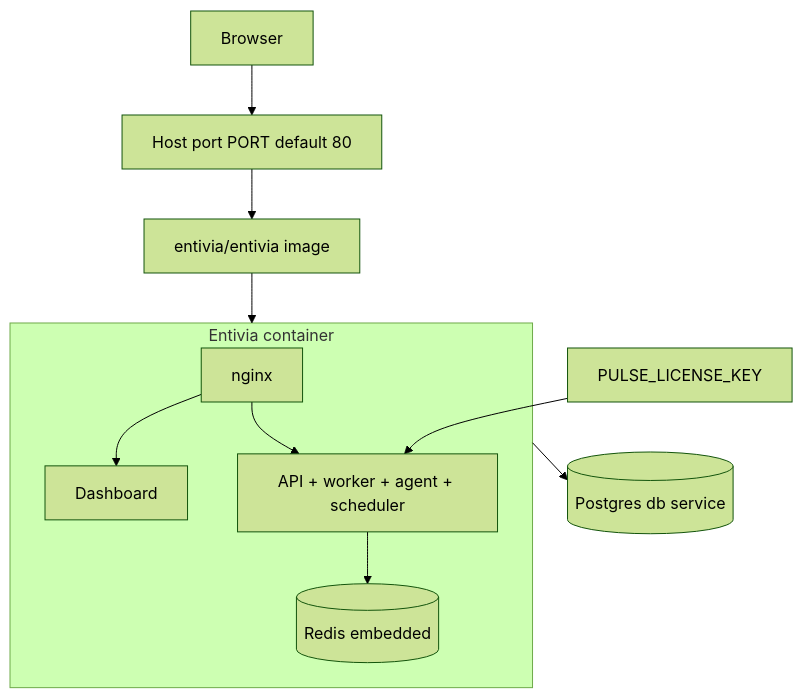
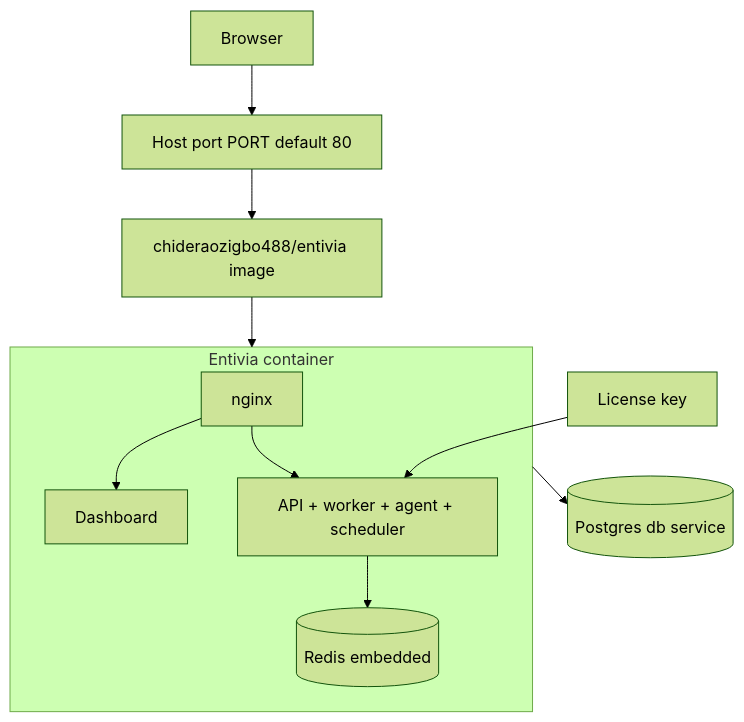
Before and after one commit to PulseAgentZero/dashboard: the diagram in content/docs/hosting-self-hosted.md, drawn with Mermaid (forest theme). The commit also changed other lines of this file and 24 other files, not shown here.

Commit message:
feat: update references from Pulse to Entivia and adjust Docker image names

````diff
--- a/content/docs/hosting-self-hosted.md
+++ b/content/docs/hosting-self-hosted.md
@@ -169,17 +169,17 @@
 ```mermaid
 flowchart TB
   User[Browser] --> Port["Host port PORT default 80"]
-  Port --> Image["entivia/entivia image"]
+  Port --> Image["chideraozigbo488/entivia image"]
   subgraph stack [Entivia container]
     Nginx[nginx]
     UI[Dashboard]
     API[API + worker + agent + scheduler]
     Redis[(Redis embedded)]
     Nginx --> UI
     Nginx --> API
     API --> Redis
   end
   Image --> stack
   stack --> PG[(Postgres db service)]
-  License[PULSE_LICENSE_KEY] --> API
+  License[License key] --> API
 ```
````
